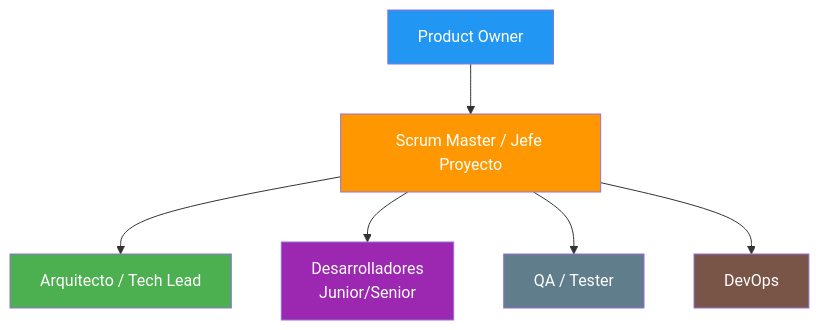
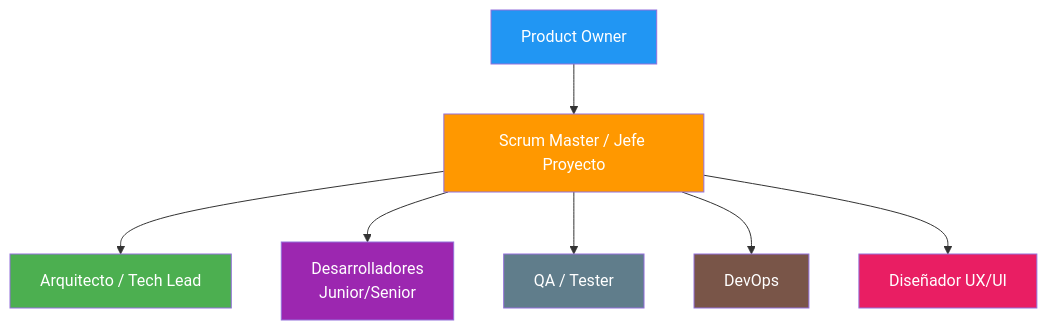
Before and after one commit to joseluisgs/EntornosDesarrollo-01-2026-2027: the second of 2 diagrams in 08-perfiles.md, drawn with Mermaid. The commit also changed other lines of this file and 12 other files, not shown here.

````diff
--- a/08-perfiles.md
+++ b/08-perfiles.md
@@ -208,15 +235,17 @@
 ```mermaid
 graph TD
     A[Product Owner] --> B[Scrum Master / Jefe Proyecto]
     B --> C[Arquitecto / Tech Lead]
     B --> D[Desarrolladores<br/>Junior/Senior]
     B --> E[QA / Tester]
     B --> F[DevOps]
+    B --> G[Diseñador UX/UI]
 
     style A fill:#2196F3,color:#fff
     style B fill:#FF9800,color:#fff
     style C fill:#4CAF50,color:#fff
     style D fill:#9C27B0,color:#fff
     style E fill:#607D8B,color:#fff
     style F fill:#795548,color:#fff
+    style G fill:#E91E63,color:#fff
 ```
````
